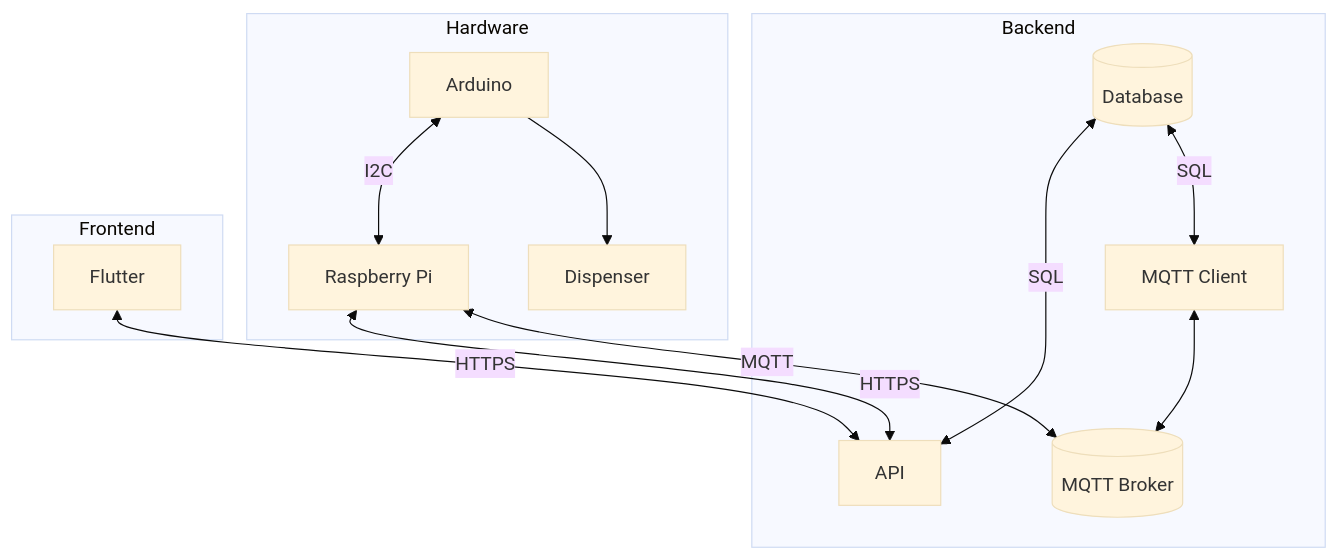
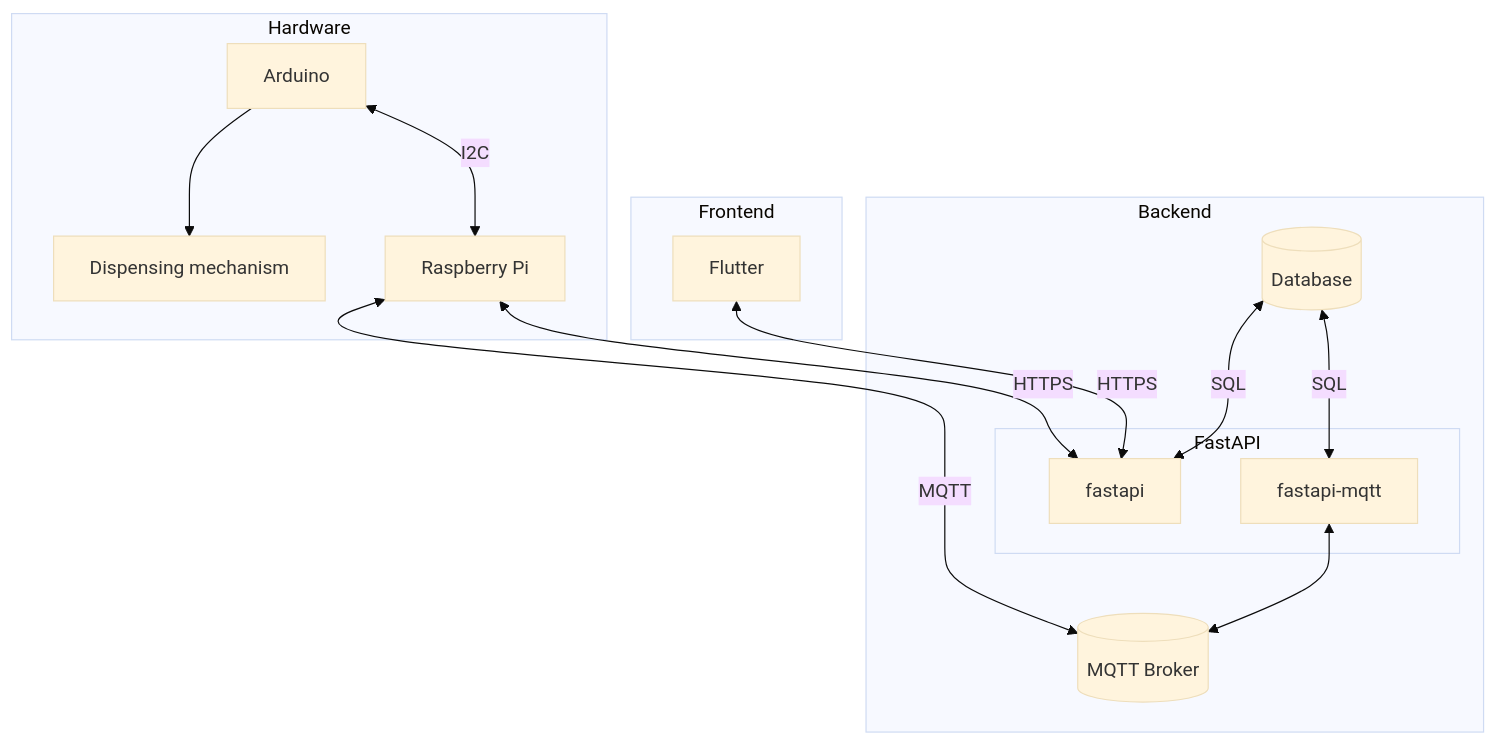
Before and after one commit to HealthHubert/.github: the diagram in profile/README.md, drawn with Mermaid (base theme).

````diff
--- a/profile/README.md
+++ b/profile/README.md
@@ -4,34 +4,38 @@
 ```mermaid
 graph TD
     subgraph backend[Backend]
         db[(Database)]
-        fastapi[API]
-        mqttclient[MQTT Client]
         broker[(MQTT Broker)]
+
+        subgraph fast[FastAPI]
+            fastapi[fastapi]
+            fastapi-mqtt[fastapi-mqtt]
+        end
+        
     end
 
 
     subgraph hardware[Hardware]
-        dispenser[Dispenser]
+        dispenser[Dispensing mechanism]
         arduino[Arduino]
         pi[Raspberry Pi]
     end
 
     subgraph frontend[Frontend]
         flutter[Flutter]
     end
 
     
 
-    mqttclient <--> broker
-    db <--> |SQL| mqttclient
+    fastapi-mqtt <--> broker
+    db <--> |SQL| fastapi-mqtt
     db <--> |SQL| fastapi
 
     flutter <--> |HTTPS| fastapi
 
     arduino --> dispenser
     arduino <--> |I2C| pi
     
     pi <--> |MQTT| broker
     pi <--> |HTTPS| fastapi
 ```
````
